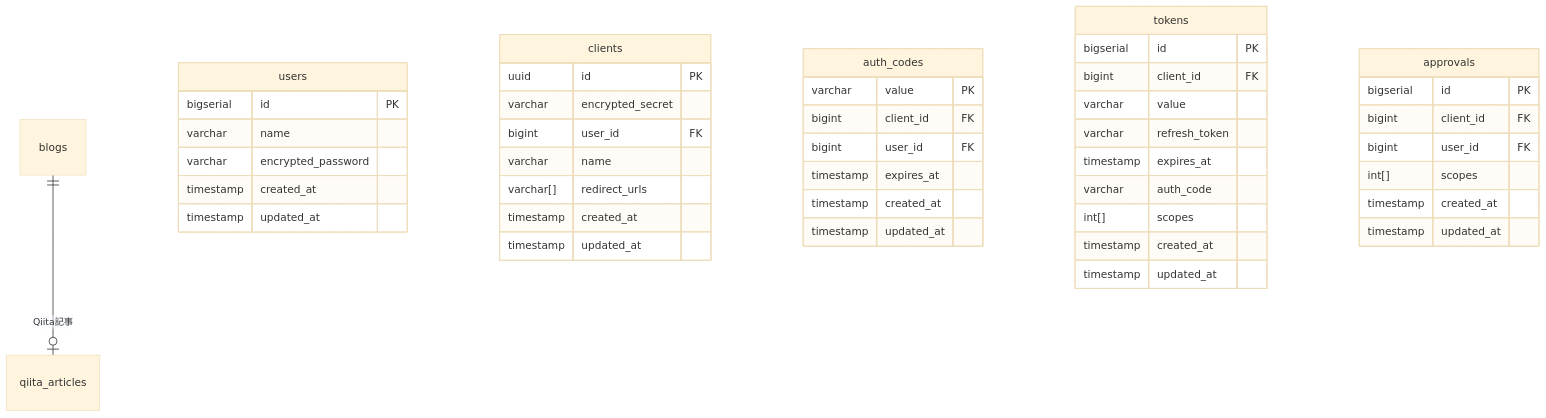
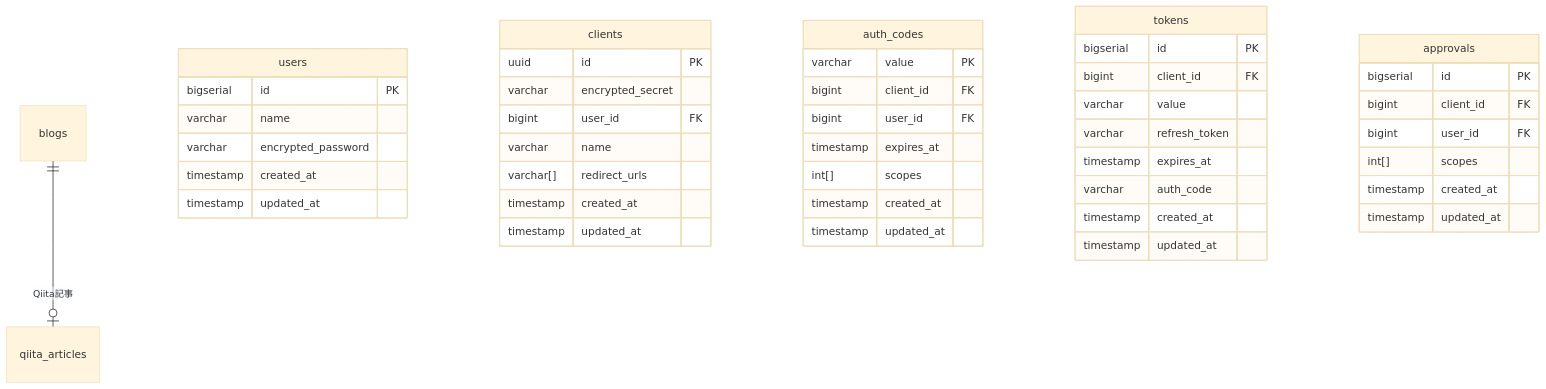
The diagram in doc/er.md (piny940/auth), drawn with Mermaid (base theme) before and after one commit. The commit also changed other lines of this file and 2 other files, not shown here.

````diff
--- a/doc/er.md
+++ b/doc/er.md
@@ -1,50 +1,50 @@
 ```mermaid
 erDiagram
   blogs ||--o| qiita_articles : "Qiita記事"
 
   users {
     bigserial id PK
     varchar name
     varchar encrypted_password
     timestamp created_at
     timestamp updated_at
   }
 
   clients {
     uuid id PK
     varchar encrypted_secret
     bigint user_id FK
     varchar name
     varchar[] redirect_urls
     timestamp created_at
     timestamp updated_at
   }
   auth_codes {
     varchar value PK
     bigint client_id FK
     bigint user_id FK
     timestamp expires_at
+    int[] scopes
     timestamp created_at
     timestamp updated_at
   }
   tokens {
     bigserial id PK
     bigint client_id FK
     varchar value
     varchar refresh_token
     timestamp expires_at
     varchar auth_code
-    int[] scopes
     timestamp created_at
     timestamp updated_at
   }
   approvals {
     bigserial id PK
     bigint client_id FK
     bigint user_id FK
     int[] scopes
     timestamp created_at
     timestamp updated_at
   }
 
 ```
````
